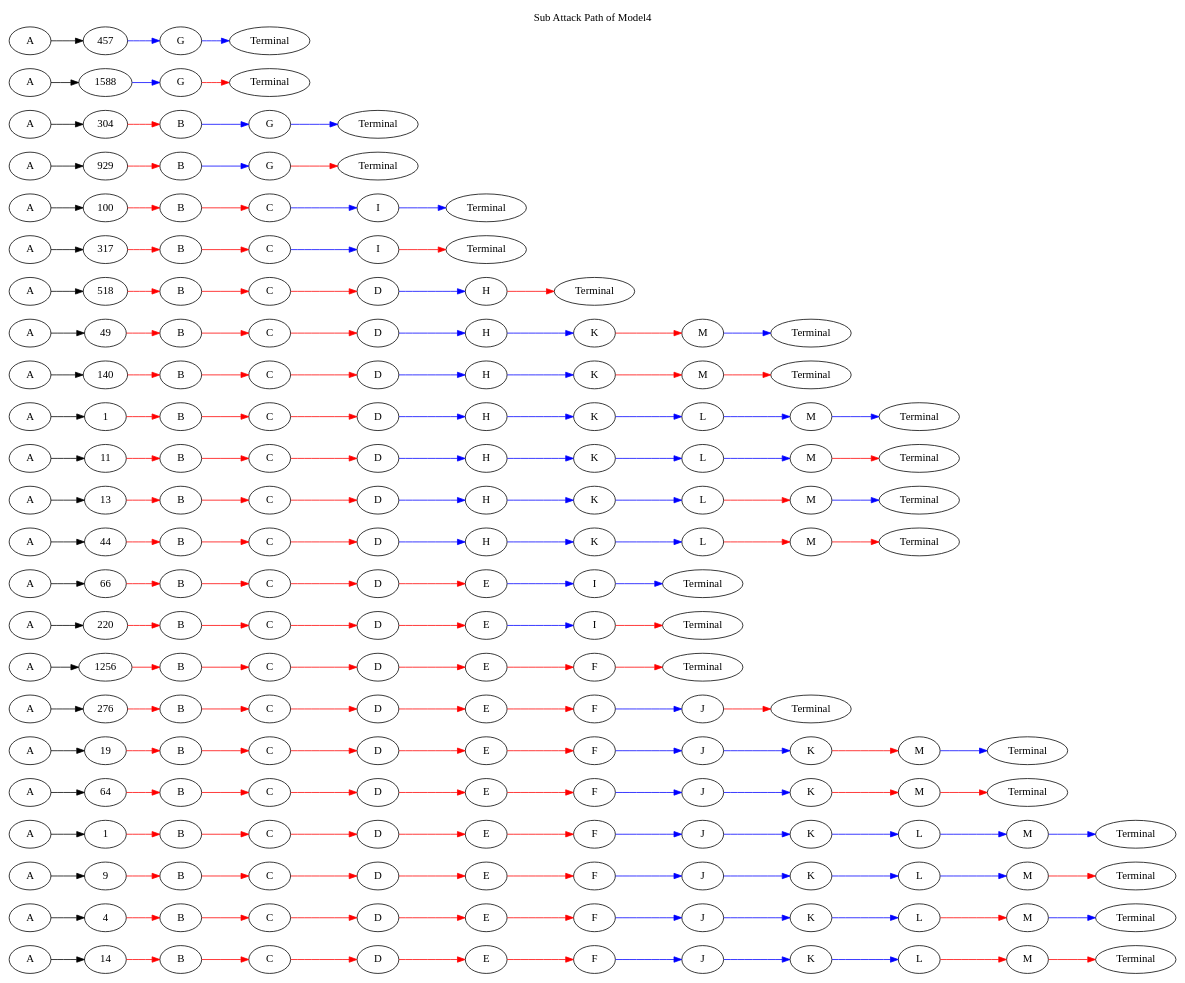
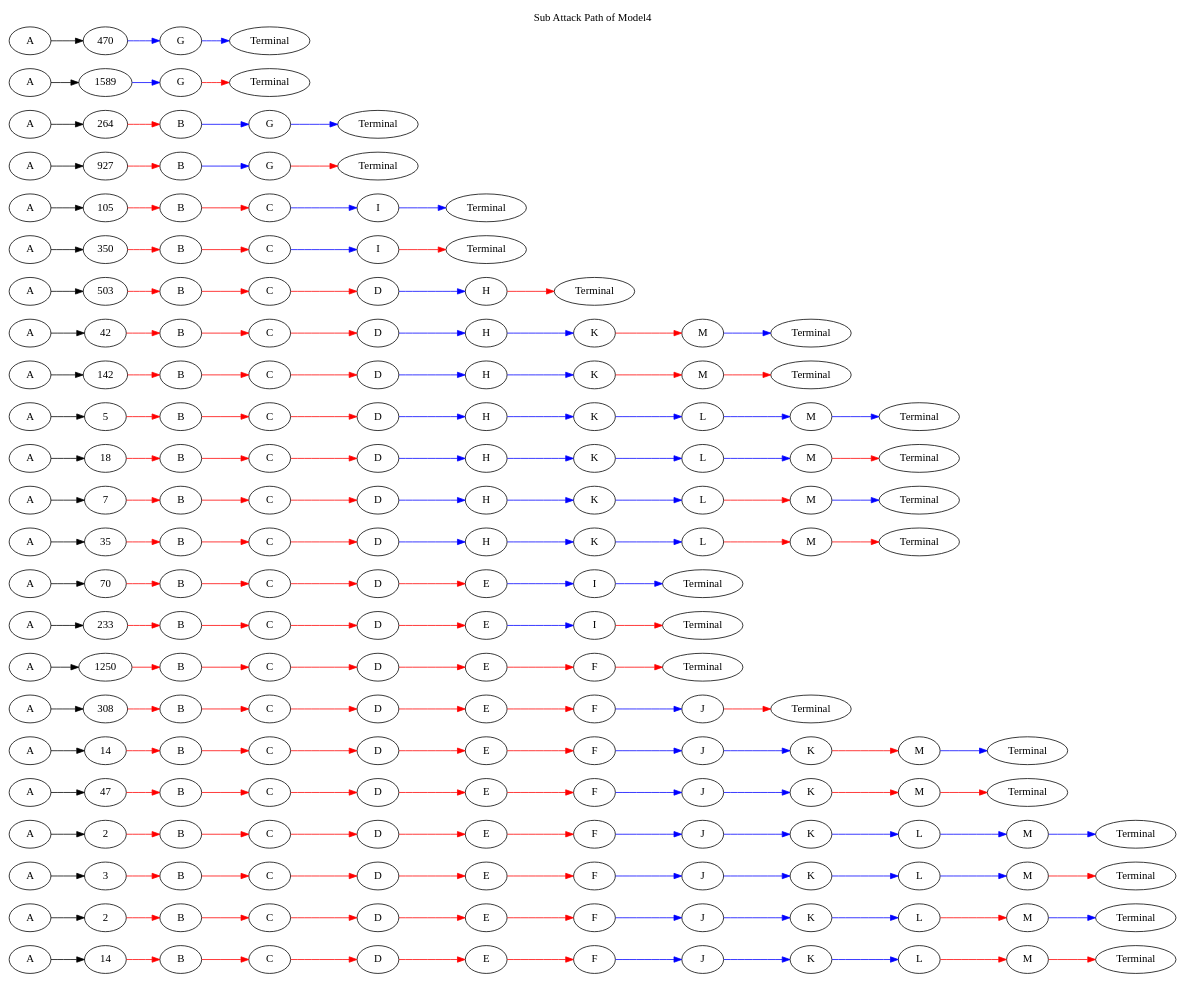
Before and after one commit to riasati/EvaluatingCSA: the diagram in BPMN-Network-Model/Model4/graph/SubAttackPath.gv, drawn with Graphviz. The commit also changed 73 other files, not shown here.

```diff
--- a/BPMN-Network-Model/Model4/graph/SubAttackPath.gv
+++ b/BPMN-Network-Model/Model4/graph/SubAttackPath.gv
@@ -25,7 +25,7 @@
 	Terminal1 [label=Terminal]
 	M1 -> Terminal1 [color=red]
 	A2 [label=A]
-	number_of_attack2 [label=4]
+	number_of_attack2 [label=2]
 	A2 -> number_of_attack2
 	B2 [label=B]
 	number_of_attack2 -> B2 [color=red]
@@ -48,7 +48,7 @@
 	Terminal2 [label=Terminal]
 	M2 -> Terminal2 [color=blue]
 	A3 [label=A]
-	number_of_attack3 [label=9]
+	number_of_attack3 [label=3]
 	A3 -> number_of_attack3
 	B3 [label=B]
 	number_of_attack3 -> B3 [color=red]
@@ -71,7 +71,7 @@
 	Terminal3 [label=Terminal]
 	M3 -> Terminal3 [color=red]
 	A4 [label=A]
-	number_of_attack4 [label=1]
+	number_of_attack4 [label=2]
 	A4 -> number_of_attack4
 	B4 [label=B]
 	number_of_attack4 -> B4 [color=red]
@@ -94,7 +94,7 @@
 	Terminal4 [label=Terminal]
 	M4 -> Terminal4 [color=blue]
 	A5 [label=A]
-	number_of_attack5 [label=64]
+	number_of_attack5 [label=47]
 	A5 -> number_of_attack5
 	B5 [label=B]
 	number_of_attack5 -> B5 [color=red]
@@ -115,7 +115,7 @@
 	Terminal5 [label=Terminal]
 	M5 -> Terminal5 [color=red]
 	A6 [label=A]
-	number_of_attack6 [label=19]
+	number_of_attack6 [label=14]
 	A6 -> number_of_attack6
 	B6 [label=B]
 	number_of_attack6 -> B6 [color=red]
@@ -136,7 +136,7 @@
 	Terminal6 [label=Terminal]
 	M6 -> Terminal6 [color=blue]
 	A7 [label=A]
-	number_of_attack7 [label=276]
+	number_of_attack7 [label=308]
 	A7 -> number_of_attack7
 	B7 [label=B]
 	number_of_attack7 -> B7 [color=red]
@@ -153,7 +153,7 @@
 	Terminal7 [label=Terminal]
 	J7 -> Terminal7 [color=red]
 	A8 [label=A]
-	number_of_attack8 [label=1256]
+	number_of_attack8 [label=1250]
 	A8 -> number_of_attack8
 	B8 [label=B]
 	number_of_attack8 -> B8 [color=red]
@@ -168,7 +168,7 @@
 	Terminal8 [label=Terminal]
 	F8 -> Terminal8 [color=red]
 	A9 [label=A]
-	number_of_attack9 [label=220]
+	number_of_attack9 [label=233]
 	A9 -> number_of_attack9
 	B9 [label=B]
 	number_of_attack9 -> B9 [color=red]
@@ -183,7 +183,7 @@
 	Terminal9 [label=Terminal]
 	I9 -> Terminal9 [color=red]
 	A10 [label=A]
-	number_of_attack10 [label=66]
+	number_of_attack10 [label=70]
 	A10 -> number_of_attack10
 	B10 [label=B]
 	number_of_attack10 -> B10 [color=red]
@@ -198,7 +198,7 @@
 	Terminal10 [label=Terminal]
 	I10 -> Terminal10 [color=blue]
 	A11 [label=A]
-	number_of_attack11 [label=44]
+	number_of_attack11 [label=35]
 	A11 -> number_of_attack11
 	B11 [label=B]
 	number_of_attack11 -> B11 [color=red]
@@ -217,7 +217,7 @@
 	Terminal11 [label=Terminal]
 	M11 -> Terminal11 [color=red]
 	A12 [label=A]
-	number_of_attack12 [label=13]
+	number_of_attack12 [label=7]
 	A12 -> number_of_attack12
 	B12 [label=B]
 	number_of_attack12 -> B12 [color=red]
@@ -236,7 +236,7 @@
 	Terminal12 [label=Terminal]
 	M12 -> Terminal12 [color=blue]
 	A13 [label=A]
-	number_of_attack13 [label=11]
+	number_of_attack13 [label=18]
 	A13 -> number_of_attack13
 	B13 [label=B]
 	number_of_attack13 -> B13 [color=red]
@@ -255,7 +255,7 @@
 	Terminal13 [label=Terminal]
 	M13 -> Terminal13 [color=red]
 	A14 [label=A]
-	number_of_attack14 [label=1]
+	number_of_attack14 [label=5]
 	A14 -> number_of_attack14
 	B14 [label=B]
 	number_of_attack14 -> B14 [color=red]
@@ -274,7 +274,7 @@
 	Terminal14 [label=Terminal]
 	M14 -> Terminal14 [color=blue]
 	A15 [label=A]
-	number_of_attack15 [label=140]
+	number_of_attack15 [label=142]
 	A15 -> number_of_attack15
 	B15 [label=B]
 	number_of_attack15 -> B15 [color=red]
@@ -291,7 +291,7 @@
 	Terminal15 [label=Terminal]
 	M15 -> Terminal15 [color=red]
 	A16 [label=A]
-	number_of_attack16 [label=49]
+	number_of_attack16 [label=42]
 	A16 -> number_of_attack16
 	B16 [label=B]
 	number_of_attack16 -> B16 [color=red]
@@ -308,7 +308,7 @@
 	Terminal16 [label=Terminal]
 	M16 -> Terminal16 [color=blue]
 	A17 [label=A]
-	number_of_attack17 [label=518]
+	number_of_attack17 [label=503]
 	A17 -> number_of_attack17
 	B17 [label=B]
 	number_of_attack17 -> B17 [color=red]
@@ -321,7 +321,7 @@
 	Terminal17 [label=Terminal]
 	H17 -> Terminal17 [color=red]
 	A18 [label=A]
-	number_of_attack18 [label=317]
+	number_of_attack18 [label=350]
 	A18 -> number_of_attack18
 	B18 [label=B]
 	number_of_attack18 -> B18 [color=red]
@@ -332,7 +332,7 @@
 	Terminal18 [label=Terminal]
 	I18 -> Terminal18 [color=red]
 	A19 [label=A]
-	number_of_attack19 [label=100]
+	number_of_attack19 [label=105]
 	A19 -> number_of_attack19
 	B19 [label=B]
 	number_of_attack19 -> B19 [color=red]
@@ -343,7 +343,7 @@
 	Terminal19 [label=Terminal]
 	I19 -> Terminal19 [color=blue]
 	A20 [label=A]
-	number_of_attack20 [label=929]
+	number_of_attack20 [label=927]
 	A20 -> number_of_attack20
 	B20 [label=B]
 	number_of_attack20 -> B20 [color=red]
@@ -352,7 +352,7 @@
 	Terminal20 [label=Terminal]
 	G20 -> Terminal20 [color=red]
 	A21 [label=A]
-	number_of_attack21 [label=304]
+	number_of_attack21 [label=264]
 	A21 -> number_of_attack21
 	B21 [label=B]
 	number_of_attack21 -> B21 [color=red]
@@ -361,14 +361,14 @@
 	Terminal21 [label=Terminal]
 	G21 -> Terminal21 [color=blue]
 	A22 [label=A]
-	number_of_attack22 [label=1588]
+	number_of_attack22 [label=1589]
 	A22 -> number_of_attack22
 	G22 [label=G]
 	number_of_attack22 -> G22 [color=blue]
 	Terminal22 [label=Terminal]
 	G22 -> Terminal22 [color=red]
 	A23 [label=A]
-	number_of_attack23 [label=457]
+	number_of_attack23 [label=470]
 	A23 -> number_of_attack23
 	G23 [label=G]
 	number_of_attack23 -> G23 [color=blue]
```
